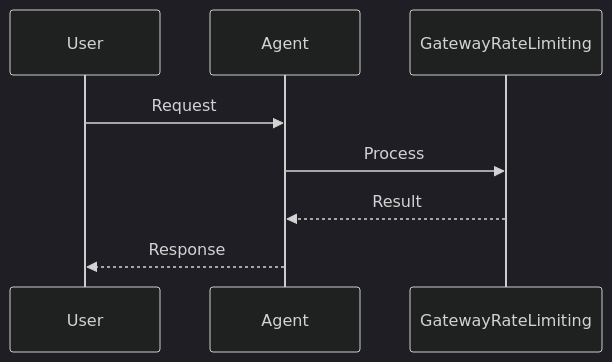
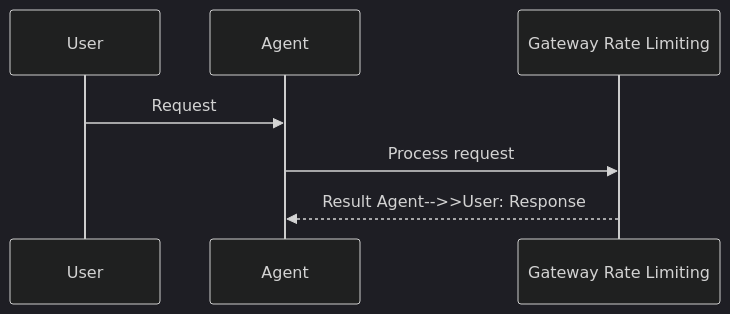
The second of 2 diagrams in docs/features/gateway-rate-limiting.mdx (MervinPraison/PraisonAIDocs), drawn with Mermaid (dark theme) before and after one commit. The commit also changed 204 other files, not shown here.

First line of the commit message:
docs: align feature/tool pages with AGENTS.md hero + sequence + import standards (fixes #1775)

````diff
--- a/docs/features/gateway-rate-limiting.mdx
+++ b/docs/features/gateway-rate-limiting.mdx
@@ -51,11 +51,10 @@
 ```mermaid
 sequenceDiagram
     participant User
     participant Agent
-    participant GatewayRateLimiting
+    participant Feature as Gateway Rate Limiting
 
     User->>Agent: Request
-    Agent->>GatewayRateLimiting: Process
-    GatewayRateLimiting-->>Agent: Result
-    Agent-->>User: Response
+    Agent->>Feature: Process request
+    Feature-->>Agent: Result    Agent-->>User: Response
 ```
````
